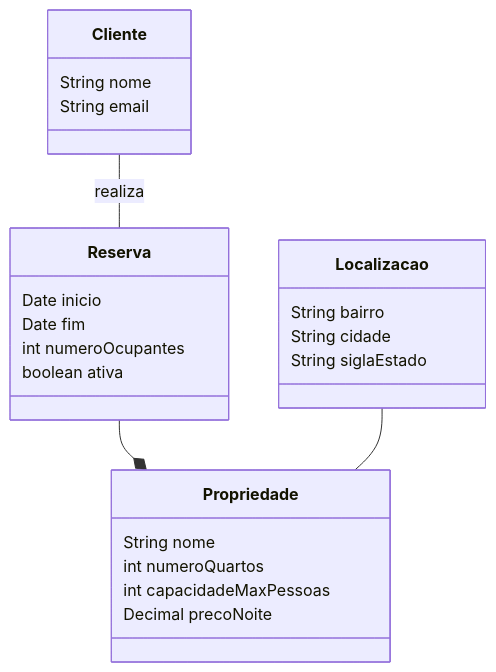
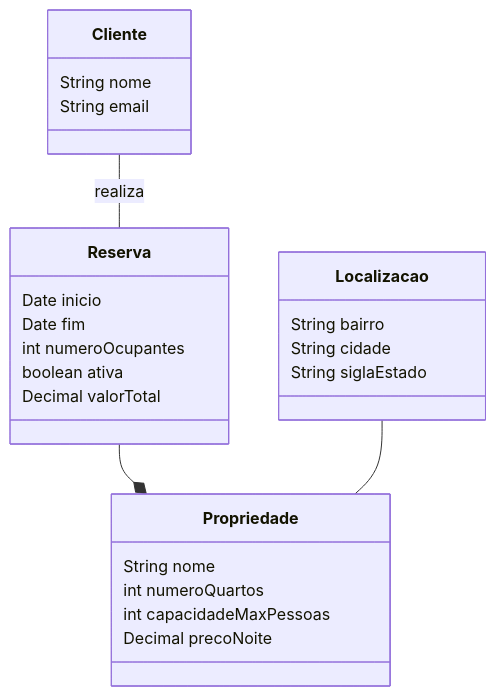
Before and after one commit to diogomene/seazone-backend-teste: the diagram in planejamento/diagramaClasse.md, drawn with Mermaid.

Commit message:
docs: adicionada propriedade de valor total em reserva

````diff
--- a/planejamento/diagramaClasse.md
+++ b/planejamento/diagramaClasse.md
@@ -8,34 +8,35 @@
 ```mermaid
 classDiagram
 
 direction TB
 
     class Propriedade {
 	    String nome
 	    int numeroQuartos
 	    int capacidadeMaxPessoas
 	    Decimal precoNoite
     }
 
     class Localizacao {
 	    String bairro
 	    String cidade
 	    String siglaEstado
     }
 
     class Cliente {
 	    String nome
         String email
     }
 
     class Reserva {
 	    Date inicio
 	    Date fim
 	    int numeroOcupantes
         boolean ativa
+        Decimal valorTotal
     }
 
     Reserva --* Propriedade
     Cliente -- Reserva : realiza
     Localizacao -- Propriedade
 ```
````
